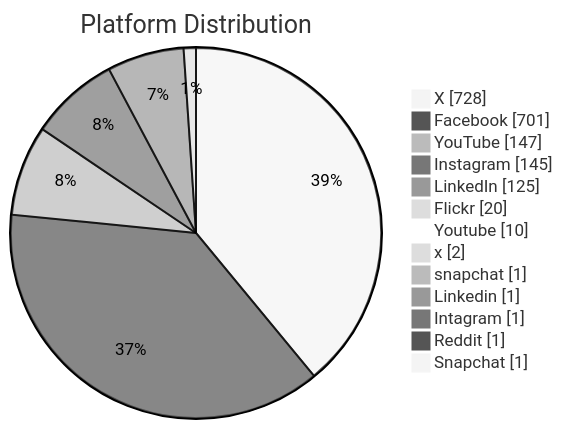
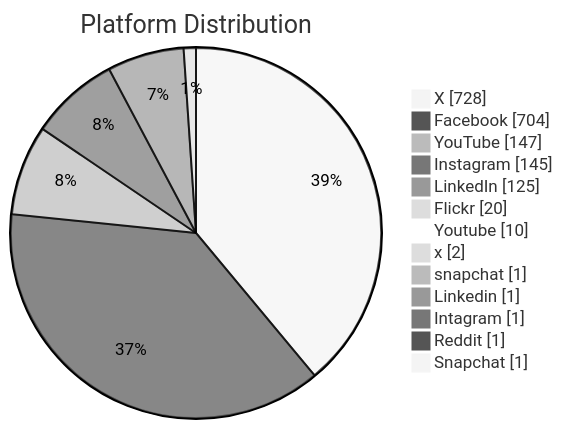
Before and after one commit to PatLittle/GC-Socials: the second of 6 diagrams in README.md, drawn with Mermaid (neutral theme). The commit also changed other lines of this file, not shown here.

Commit message:
Update README with Platform Distribution pie chart

````diff
--- a/README.md
+++ b/README.md
@@ -46,16 +46,16 @@
 ```mermaid
 pie showData title Platform Distribution
     "X": 728
-    "Facebook": 701
+    "Facebook": 704
     "YouTube": 147
     "Instagram": 145
     "LinkedIn": 125
     "Flickr": 20
     "Youtube": 10
     "x": 2
     "snapchat": 1
     "Linkedin": 1
     "Intagram": 1
     "Reddit": 1
     "Snapchat": 1
 ```
````
